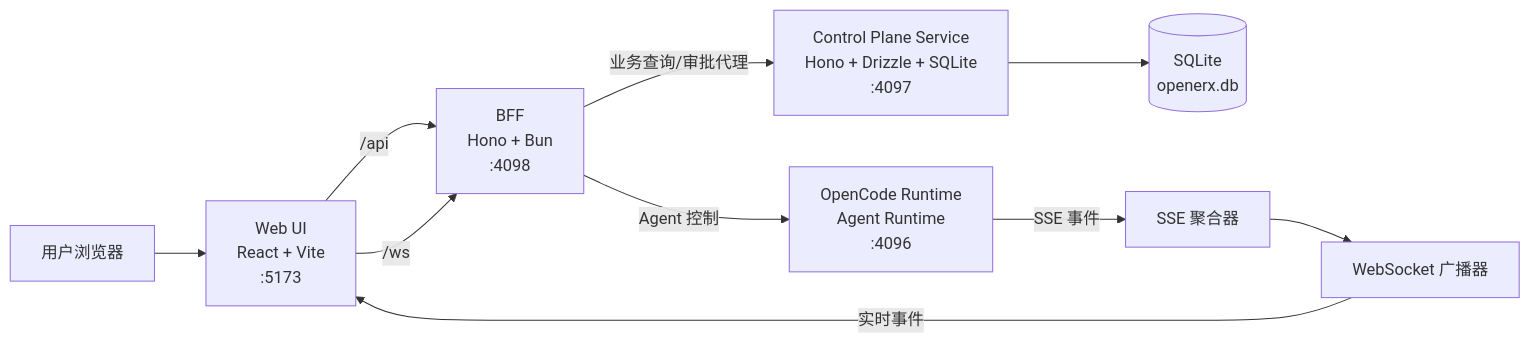
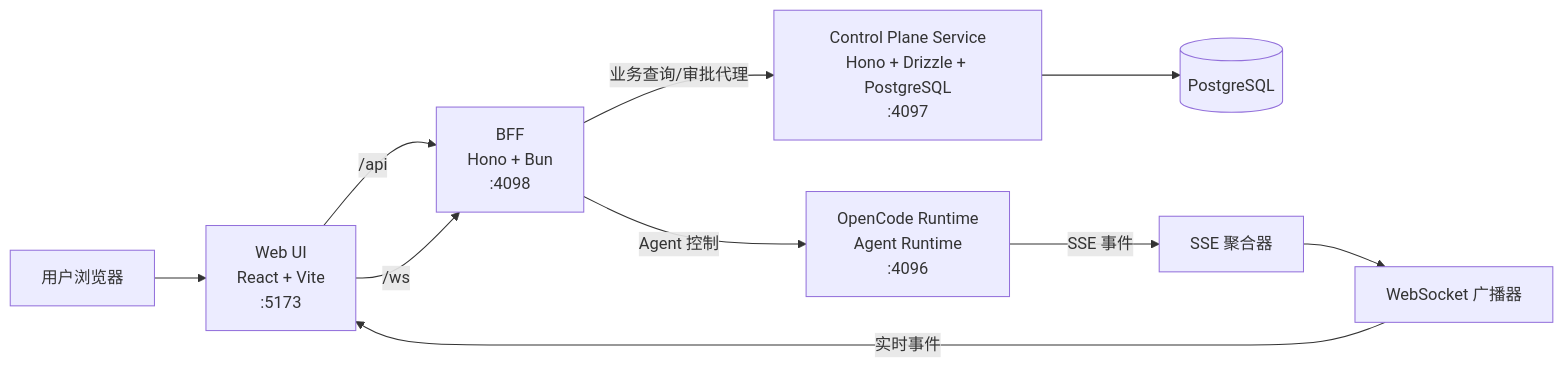
The diagram in docs/architecture-overview.md (openerserver/openerx), drawn with Mermaid before and after one commit. The commit also changed other lines of this file and 33 other files, not shown here.

````diff
--- a/docs/architecture-overview.md
+++ b/docs/architecture-overview.md
@@ -90,21 +90,21 @@
 ```mermaid
 flowchart LR
     U[用户浏览器]
     UI[Web UI\nReact + Vite\n:5173]
     BFF[BFF\nHono + Bun\n:4098]
-    CP[Control Plane Service\nHono + Drizzle + SQLite\n:4097]
-    DB[(SQLite\nopenerx.db)]
+    CP[Control Plane Service\nHono + Drizzle + PostgreSQL\n:4097]
+    DB[(PostgreSQL)]
     OCR[OpenCode Runtime\nAgent Runtime\n:4096]
     SSE[SSE 聚合器]
     WS[WebSocket 广播器]
 
     U --> UI
     UI -->|/api| BFF
     UI -->|/ws| BFF
     BFF -->|业务查询/审批代理| CP
     CP --> DB
     BFF -->|Agent 控制| OCR
     OCR -->|SSE 事件| SSE
     SSE --> WS
     WS -->|实时事件| UI
 ```
````
